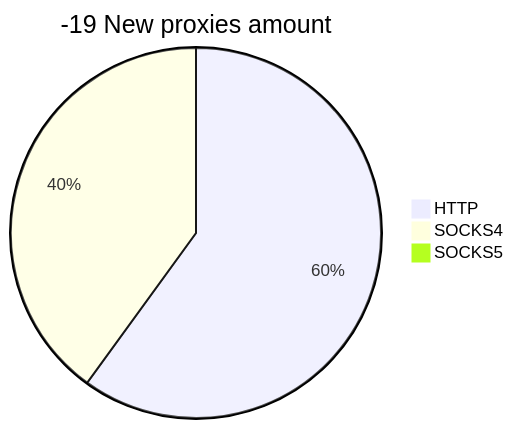
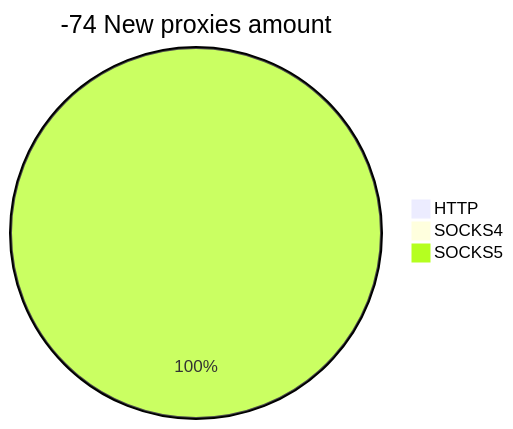
Before and after one commit to cutipu/proxylist: the second of 2 diagrams in README.md, drawn with Mermaid. The commit also changed other lines of this file, not shown here.

````diff
--- a/README.md
+++ b/README.md
@@ -10,6 +10,6 @@
 ```mermaid
-pie title -19 New proxies amount
-    "HTTP" : 3
-    "SOCKS4" : 2
-    "SOCKS5" : 0
+pie title -74 New proxies amount
+    "HTTP" : 0
+    "SOCKS4" : 0
+    "SOCKS5" : 7
 ```
````
